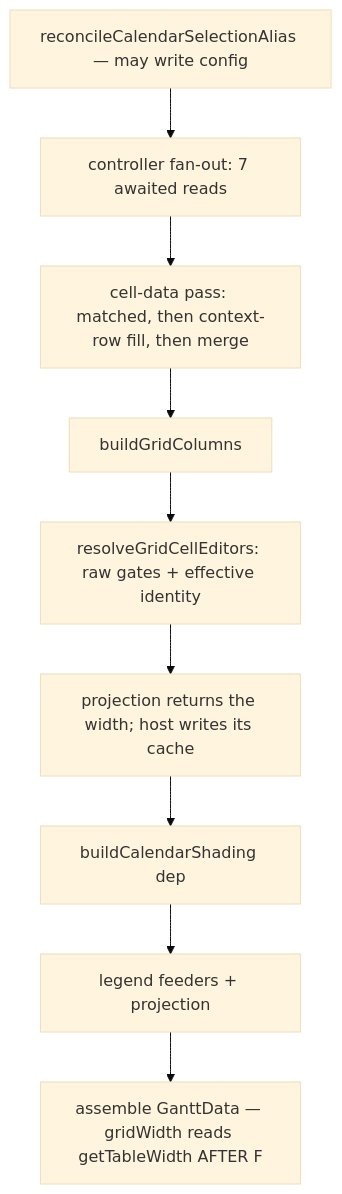
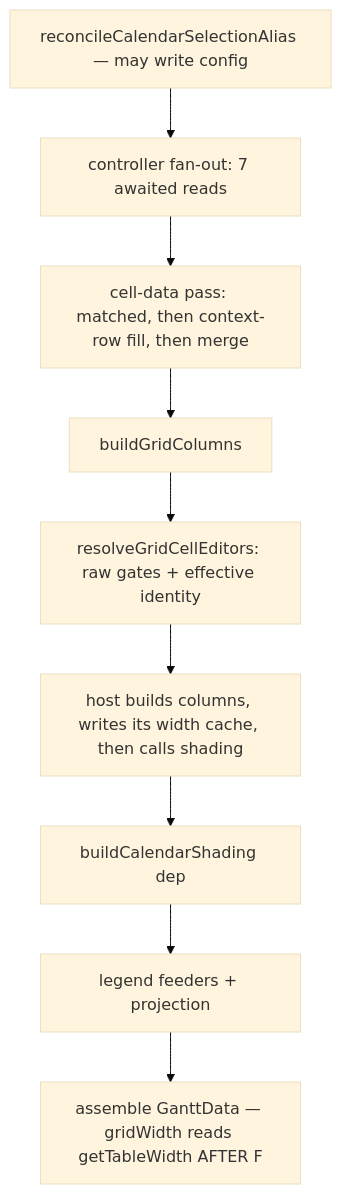
The second of 2 diagrams in docs/plans/2026-09-03-001-refactor-register-render-data-characterization-plan.md (renatomen/tasknotes-gantt), drawn with Mermaid (base theme) before and after one commit. The commit also changed other lines of this file, not shown here.

````diff
--- a/docs/plans/2026-09-03-001-refactor-register-render-data-characterization-plan.md
+++ b/docs/plans/2026-09-03-001-refactor-register-render-data-characterization-plan.md
@@ -205,9 +205,9 @@
 ```mermaid
 flowchart TB
   A[reconcileCalendarSelectionAlias — may write config] --> B[controller fan-out: 7 awaited reads]
   B --> C[cell-data pass: matched, then context-row fill, then merge]
   C --> D[buildGridColumns] --> E[resolveGridCellEditors: raw gates + effective identity]
-  E --> F["projection returns the width; host writes its cache"]
+  E --> F["host builds columns, writes its width cache, then calls shading"]
   F --> G[buildCalendarShading dep] --> H[legend feeders + projection]
   H --> I["assemble GanttData — gridWidth reads getTableWidth AFTER F"]
 ```
````
